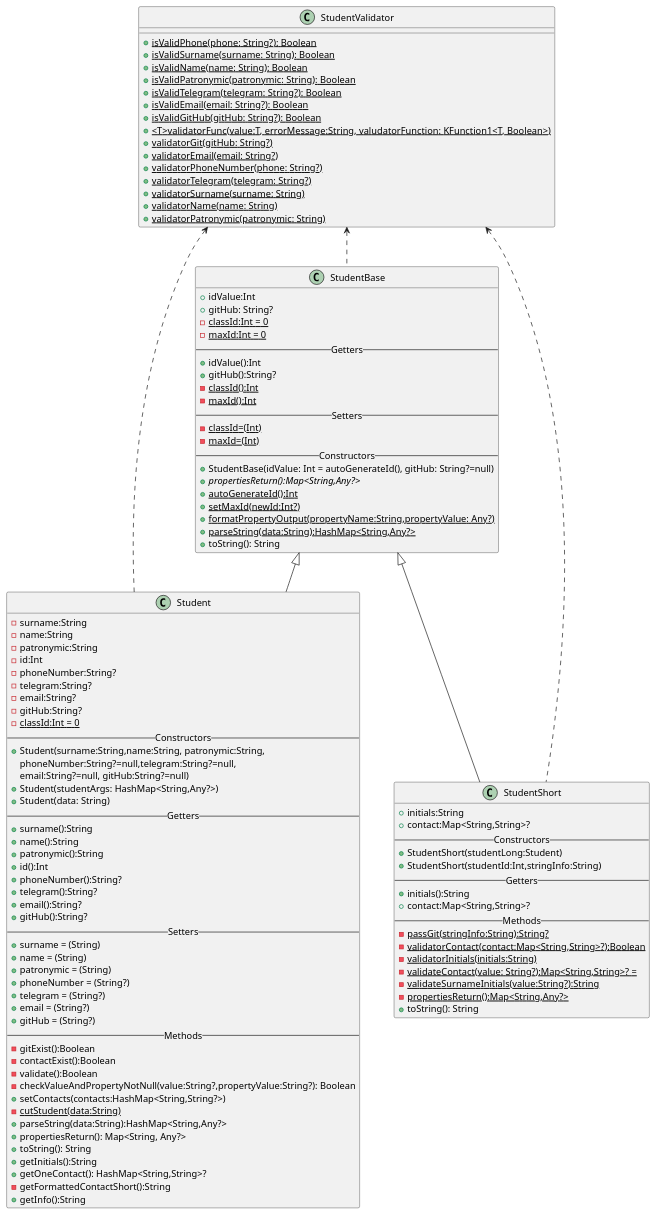
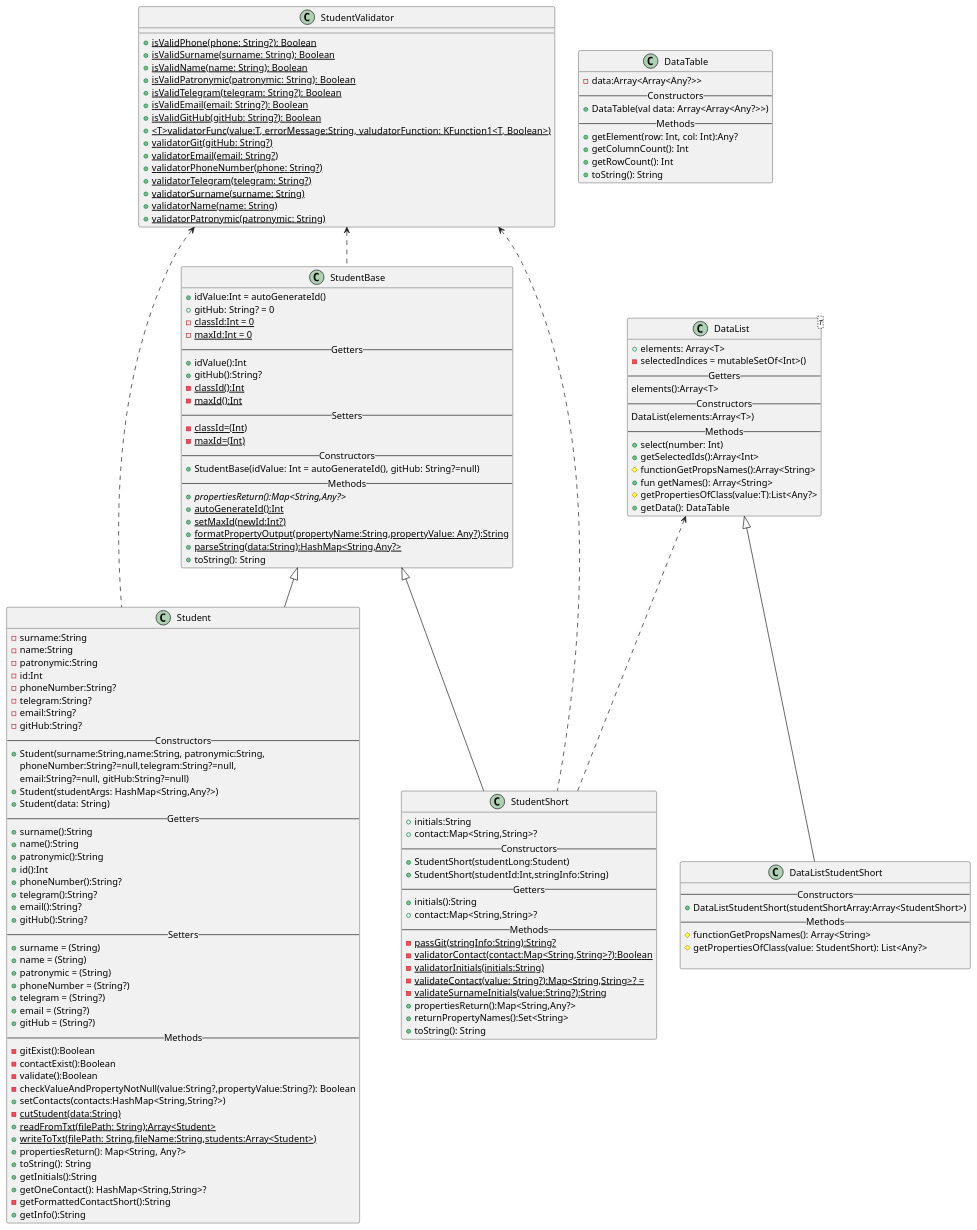
The diagram in lab1-2/src/main/kotlin/Student.puml (Murlocki/kotlin_patterns), drawn with PlantUML before and after one commit. The commit also changed 3 other files, not shown here.

Commit message:
Lab 2.19. Изменена схема uml

```diff
--- a/lab1-2/src/main/kotlin/Student.puml
+++ b/lab1-2/src/main/kotlin/Student.puml
@@ -1,120 +1,161 @@
 @startuml
 'https://plantuml.com/class-diagram
 
 class Student
 {
     -surname:String
     -name:String
     -patronymic:String
     -id:Int
     -phoneNumber:String?
     -telegram:String?
     -email:String?
     -gitHub:String?
-    -{static} classId:Int = 0
     --Constructors--
     +Student(surname:String,name:String, patronymic:String,
        phoneNumber:String?=null,telegram:String?=null,
        email:String?=null, gitHub:String?=null)
     +Student(studentArgs: HashMap<String,Any?>)
     +Student(data: String)
     --Getters--
     +surname():String
     +name():String
     +patronymic():String
     +id():Int
     +phoneNumber():String?
     +telegram():String?
     +email():String?
     +gitHub():String?
     --Setters--
     +surname = (String)
     +name = (String)
     +patronymic = (String)
     +phoneNumber = (String?)
     +telegram = (String?)
     +email = (String?)
     +gitHub = (String?)
     --Methods--
     -gitExist():Boolean
     -contactExist():Boolean
     -validate():Boolean
     -checkValueAndPropertyNotNull(value:String?,propertyValue:String?): Boolean
     +setContacts(contacts:HashMap<String,String?>)
     -{static}cutStudent(data:String)
-    +parseString(data:String):HashMap<String,Any?>
+    +{static}readFromTxt(filePath: String):Array<Student>
+    +{static}writeToTxt(filePath: String,fileName:String,students:Array<Student>)
     +propertiesReturn(): Map<String, Any?>
     +toString(): String
     +getInitials():String
     +getOneContact(): HashMap<String,String>?
     -getFormattedContactShort():String
     +getInfo():String
 }
 
 class StudentBase{
-    +idValue:Int
-    +gitHub: String?
+    +idValue:Int = autoGenerateId()
+    +gitHub: String? = 0
     -{static} classId:Int = 0
     -{static} maxId:Int = 0
     --Getters--
     +idValue():Int
     +gitHub():String?
     -{static} classId():Int
     -{static} maxId():Int
     --Setters--
     -{static} classId=(Int)
     -{static} maxId=(Int)
     --Constructors--
     +StudentBase(idValue: Int = autoGenerateId(), gitHub: String?=null)
+    --Methods--
     +{abstract}propertiesReturn():Map<String,Any?>
     +{static}autoGenerateId():Int
     +{static}setMaxId(newId:Int?)
-    +{static}formatPropertyOutput(propertyName:String,propertyValue: Any?)
+    +{static}formatPropertyOutput(propertyName:String,propertyValue: Any?):String
     +{static}parseString(data:String):HashMap<String,Any?>
     +toString(): String
 }
 
 
 class StudentShort{
      +initials:String
      +contact:Map<String,String>?
      --Constructors--
      +StudentShort(studentLong:Student)
      +StudentShort(studentId:Int,stringInfo:String)
      --Getters--
      +initials():String
      +contact:Map<String,String>?
      --Methods--
      -{static}passGit(stringInfo:String):String?
      -{static}validatorContact(contact:Map<String,String>?):Boolean
      -{static}validatorInitials(initials:String)
      -{static}validateContact(value: String?):Map<String,String>? =
      -{static}validateSurnameInitials(value:String?):String
-     -{static}propertiesReturn():Map<String,Any?>
-      +toString(): String
+     +propertiesReturn():Map<String,Any?>
+     +returnPropertyNames():Set<String>
+     +toString(): String
 }
 
 class StudentValidator{
         +{static} isValidPhone(phone: String?): Boolean
         +{static} isValidSurname(surname: String): Boolean
         +{static} isValidName(name: String): Boolean
         +{static} isValidPatronymic(patronymic: String): Boolean
         +{static} isValidTelegram(telegram: String?): Boolean
         +{static} isValidEmail(email: String?): Boolean
         +{static} isValidGitHub(gitHub: String?): Boolean
         +{static} <T>validatorFunc(value:T, errorMessage:String, valudatorFunction: KFunction1<T, Boolean>)
         +{static} validatorGit(gitHub: String?)
         +{static} validatorEmail(email: String?)
         +{static} validatorPhoneNumber(phone: String?)
         +{static} validatorTelegram(telegram: String?)
         +{static} validatorSurname(surname: String)
         +{static} validatorName(name: String)
         +{static} validatorPatronymic(patronymic: String)
 }
 
+class DataTable{
+    -data:Array<Array<Any?>>
+    --Constructors--
+    +DataTable(val data: Array<Array<Any?>>)
+    --Methods--
+    +getElement(row: Int, col: Int):Any?
+    +getColumnCount(): Int
+    +getRowCount(): Int
+    +toString(): String
+}
+
+class DataList<T>{
+    +elements: Array<T>
+    -selectedIndices = mutableSetOf<Int>()
+    --Getters--
+    elements():Array<T>
+    --Constructors--
+    DataList(elements:Array<T>)
+    --Methods--
+    +select(number: Int)
+    +getSelectedIds():Array<Int>
+    #functionGetPropsNames():Array<String>
+    +fun getNames(): Array<String>
+    #getPropertiesOfClass(value:T):List<Any?>
+    +getData(): DataTable
+}
+
+class DataListStudentShort{
+    --Constructors--
+    +DataListStudentShort(studentShortArray:Array<StudentShort>)
+    --Methods--
+    #functionGetPropsNames(): Array<String>
+    #getPropertiesOfClass(value: StudentShort): List<Any?>
+
+}
+
 StudentValidator <.. Student
 StudentValidator <.. StudentBase
 StudentValidator <.. StudentShort
 StudentBase<|-- Student
 StudentBase<|--StudentShort
+
+DataList <|-- DataListStudentShort
+DataList <.. StudentShort
 @enduml
```
